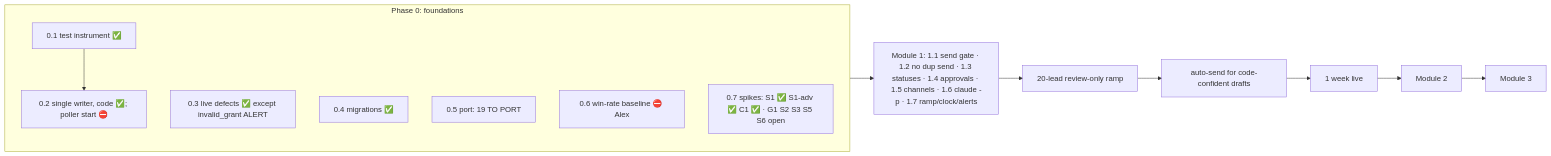
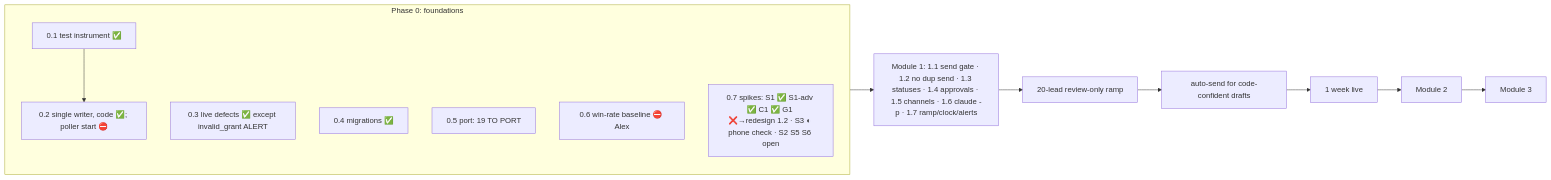
Before and after one commit to SDGuitarist/gig-lead-responder: the diagram in docs/END-TO-END-STATUS.md, drawn with Mermaid. The commit also changed other lines of this file and 3 other files, not shown here.

First line of the commit message:
spikes: S3 passed machine side (phone check pending); G1 repeated (FAILED already 10-03; Gmail replaces the supplied Message-ID) with search control

````diff
--- a/docs/END-TO-END-STATUS.md
+++ b/docs/END-TO-END-STATUS.md
@@ -23,13 +23,13 @@
 ```mermaid
 flowchart LR
   subgraph P0[Phase 0: foundations]
     A01[0.1 test instrument ✅] --> A02[0.2 single writer, code ✅; poller start ⛔]
     A03[0.3 live defects ✅ except invalid_grant ALERT]
     A04[0.4 migrations ✅]
     A05[0.5 port: 19 TO PORT]
     A06[0.6 win-rate baseline ⛔ Alex]
-    A07[0.7 spikes: S1 ✅ S1-adv ✅ C1 ✅ · G1 S2 S3 S5 S6 open]
+    A07[0.7 spikes: S1 ✅ S1-adv ✅ C1 ✅ G1 ❌→redesign 1.2 · S3 ◐ phone check · S2 S5 S6 open]
   end
   P0 --> M1[Module 1: 1.1 send gate · 1.2 no dup send · 1.3 statuses · 1.4 approvals · 1.5 channels · 1.6 claude -p · 1.7 ramp/clock/alerts]
   M1 --> R[20-lead review-only ramp] --> AS[auto-send for code-confident drafts] --> W[1 week live] --> M2[Module 2] --> M3[Module 3]
 ```
````
